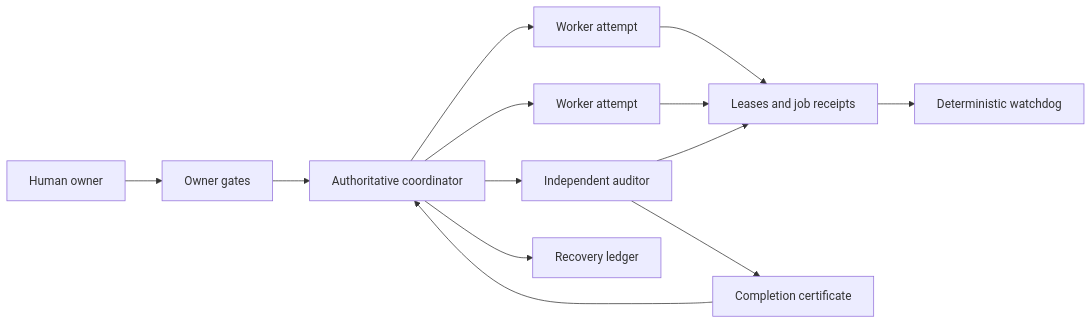
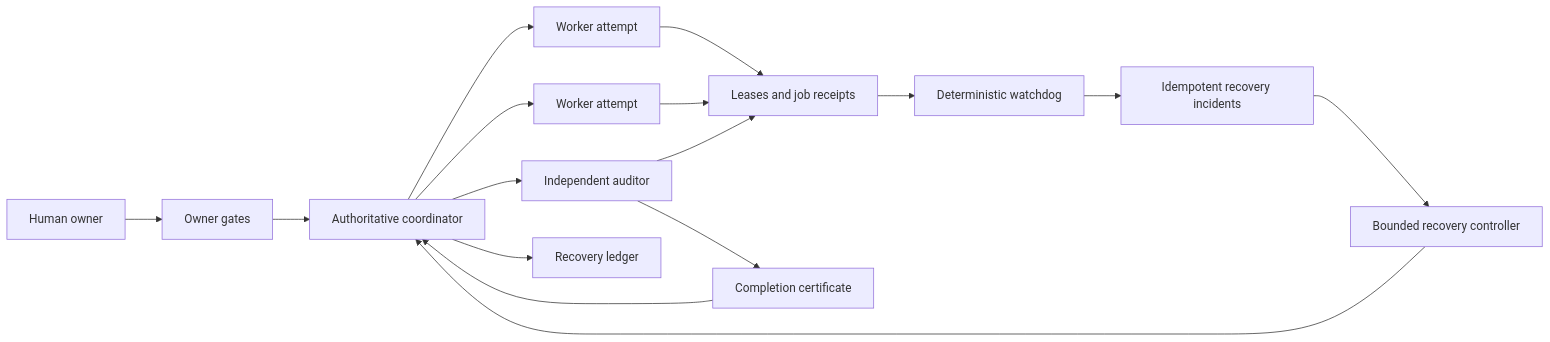
One commit to razumv/craft-protocol changed the diagram in README.md. Above: the diagram before and after it, drawn with Mermaid. The commit also changed other lines of this file and 21 other files, not shown here.

First line of the commit message:
Add bounded self-healing recovery v3.1.1

````diff
--- a/README.md
+++ b/README.md
@@ -29,15 +29,18 @@
 ```mermaid
 graph LR
     O[Human owner] --> G[Owner gates]
     G --> C[Authoritative coordinator]
     C --> W1[Worker attempt]
     C --> W2[Worker attempt]
     C --> A[Independent auditor]
     W1 --> L[Leases and job receipts]
     W2 --> L
     A --> L
     L --> D[Deterministic watchdog]
+    D --> I[Idempotent recovery incidents]
+    I --> H[Bounded recovery controller]
+    H --> C
     C --> R[Recovery ledger]
     A --> X[Completion certificate]
     X --> C
 ```
````
